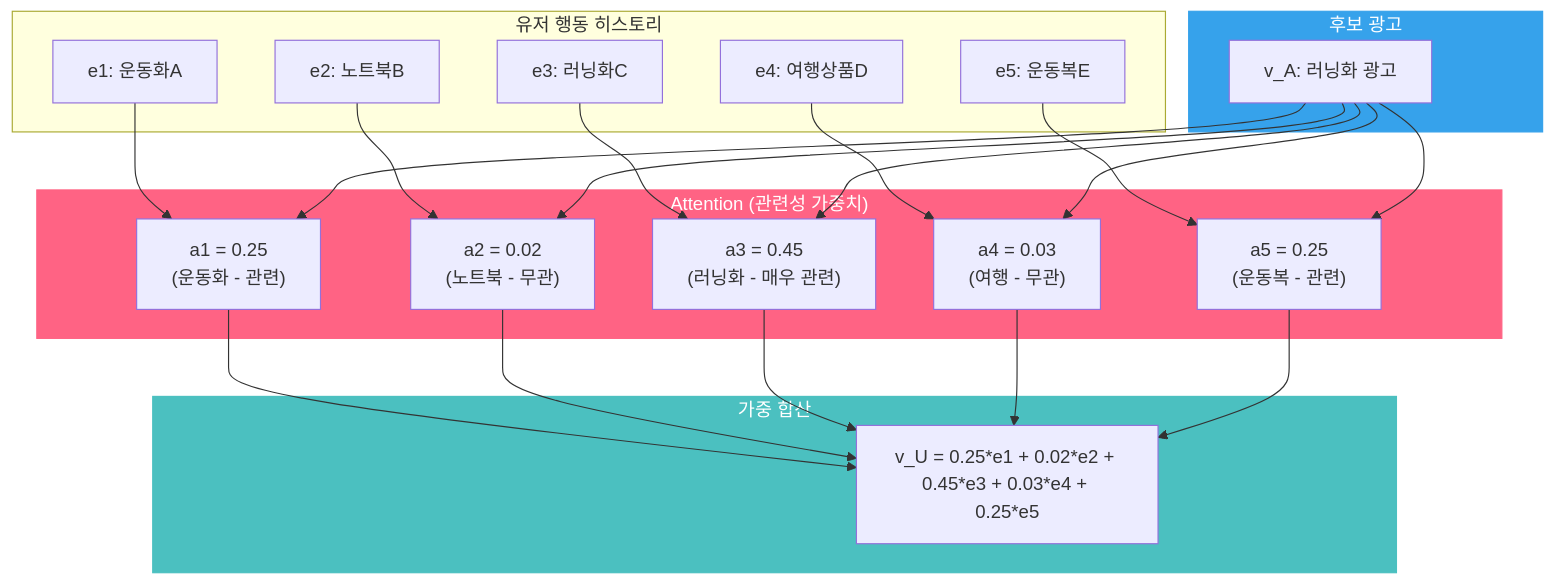
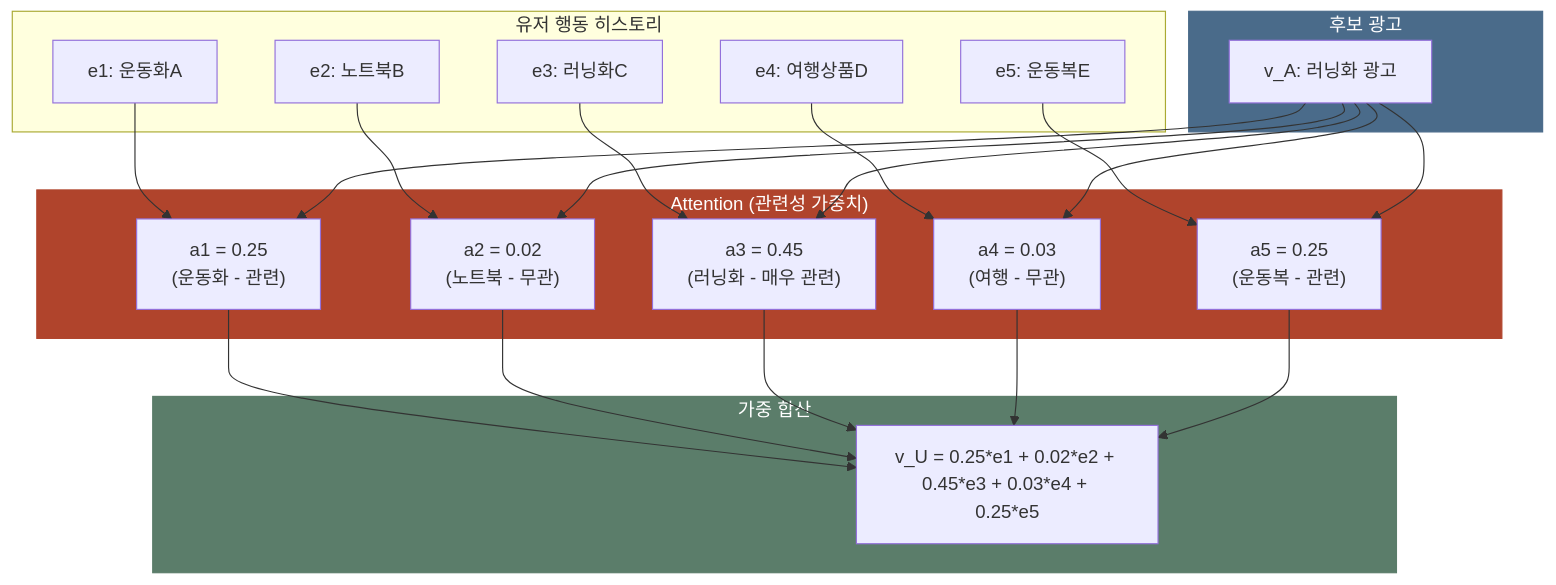
Before and after one commit to chkimsu/adtech-blog: the fourth of 5 diagrams in posts/deep-ctr-models.md, drawn with Mermaid. The commit also changed other lines of this file and 40 other files, not shown here.

````diff
--- a/posts/deep-ctr-models.md
+++ b/posts/deep-ctr-models.md
@@ -607,46 +607,46 @@
 ```mermaid
 graph TD
     subgraph UserBehavior["유저 행동 히스토리"]
         B1["e1: 운동화A"]
         B2["e2: 노트북B"]
         B3["e3: 러닝화C"]
         B4["e4: 여행상품D"]
         B5["e5: 운동복E"]
     end
 
     subgraph CandidateAd["후보 광고"]
         AD["v_A: 러닝화 광고"]
     end
 
     subgraph AttentionLayer["Attention (관련성 가중치)"]
         A1["a1 = 0.25<br/>(운동화 - 관련)"]
         A2["a2 = 0.02<br/>(노트북 - 무관)"]
         A3["a3 = 0.45<br/>(러닝화 - 매우 관련)"]
         A4["a4 = 0.03<br/>(여행 - 무관)"]
         A5["a5 = 0.25<br/>(운동복 - 관련)"]
     end
 
     subgraph WeightedSum["가중 합산"]
         VU["v_U = 0.25*e1 + 0.02*e2 + 0.45*e3 + 0.03*e4 + 0.25*e5"]
     end
 
     B1 --> A1
     B2 --> A2
     B3 --> A3
     B4 --> A4
     B5 --> A5
     AD --> A1
     AD --> A2
     AD --> A3
     AD --> A4
     AD --> A5
     A1 --> VU
     A2 --> VU
     A3 --> VU
     A4 --> VU
     A5 --> VU
 
-    style AttentionLayer fill:#ff6384,stroke:#ff6384,color:#fff
-    style CandidateAd fill:#36a2eb,stroke:#36a2eb,color:#fff
-    style WeightedSum fill:#4bc0c0,stroke:#4bc0c0,color:#fff
+    style AttentionLayer fill:#b0442c,stroke:#b0442c,color:#fff
+    style CandidateAd fill:#4a6b8a,stroke:#4a6b8a,color:#fff
+    style WeightedSum fill:#5b7d6a,stroke:#5b7d6a,color:#fff
 ```
````
